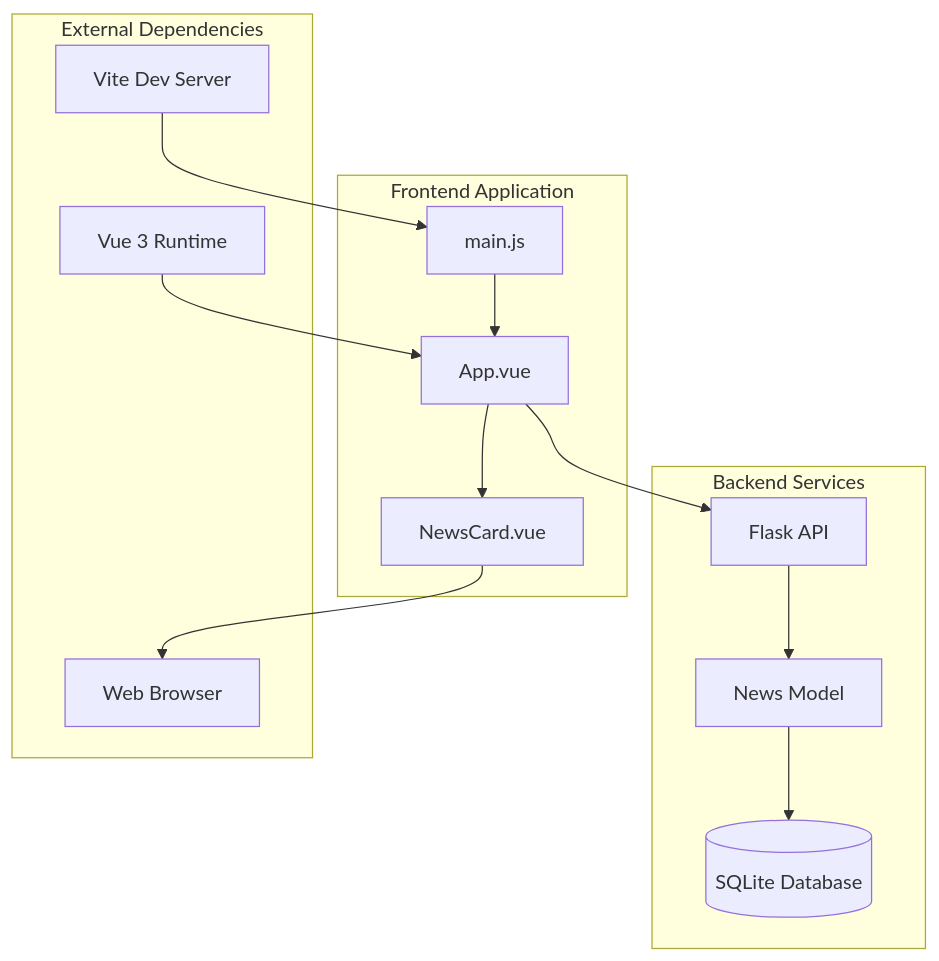
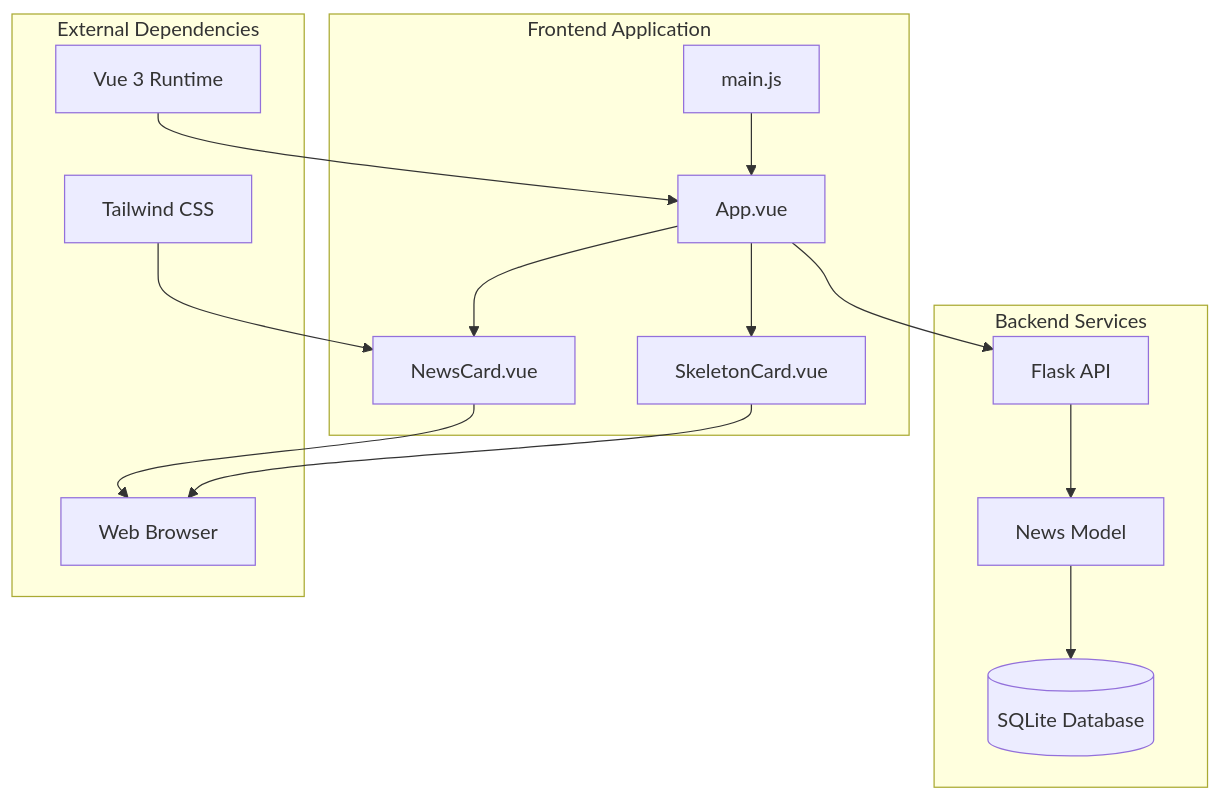
The first of 9 diagrams in .qoder/repowiki/en/content/Frontend Application/NewsCard Component.md (zbw-zbw/news-aggregator), drawn with Mermaid before and after one commit. The commit also changed other lines of this file and 4 other files, not shown here.

````diff
--- a/.qoder/repowiki/en/content/Frontend Application/NewsCard Component.md
+++ b/.qoder/repowiki/en/content/Frontend Application/NewsCard Component.md
@@ -30,26 +40,29 @@
 ```mermaid
 graph TB
 subgraph "Frontend Application"
 App[App.vue]
 NewsCard[NewsCard.vue]
+SkeletonCard[SkeletonCard.vue]
 Main[main.js]
 end
 subgraph "Backend Services"
 Flask[Flask API]
 Models[News Model]
 SQLite[(SQLite Database)]
 end
 subgraph "External Dependencies"
 Vue[Vue 3 Runtime]
-Vite[Vite Dev Server]
+Tailwind[Tailwind CSS]
 Browser[Web Browser]
 end
 Main --> App
 App --> NewsCard
+App --> SkeletonCard
 NewsCard --> Browser
+SkeletonCard --> Browser
 App --> Flask
 Flask --> Models
 Models --> SQLite
 Vue --> App
-Vite --> Main
+Tailwind --> NewsCard
 ```
````
